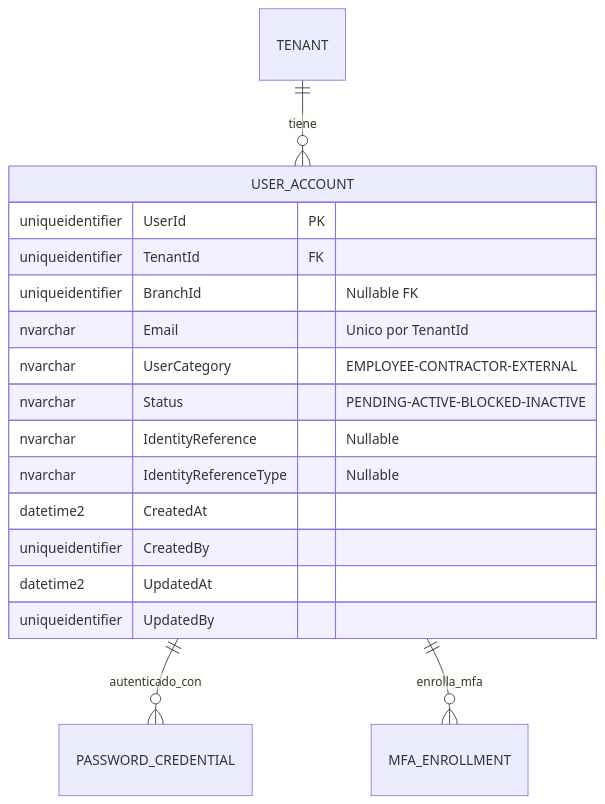
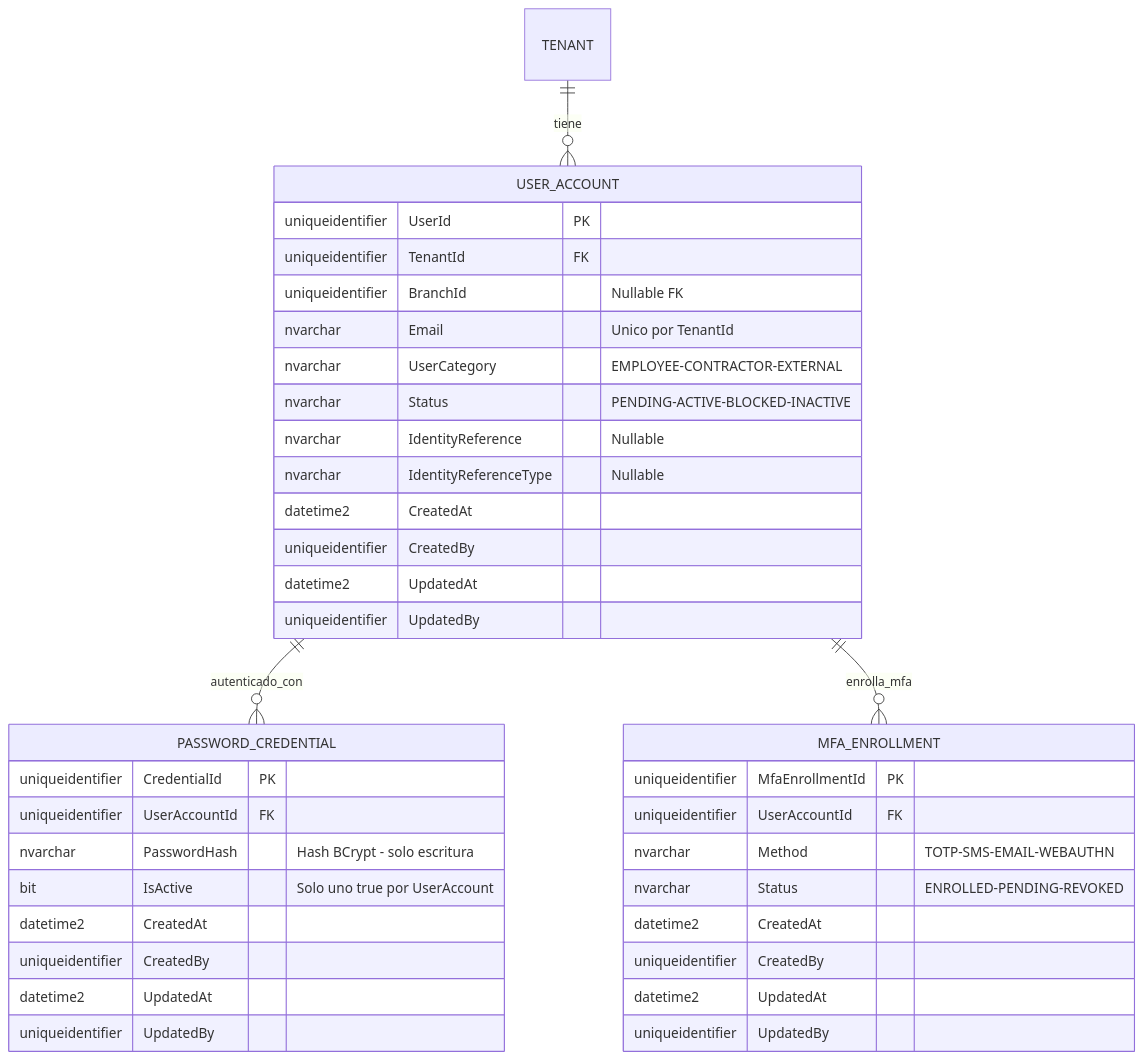
One commit to beyondnetcode/ums changed the eighth of 9 diagrams in docs/domain-es/identity/user-account.md. Above: the diagram before and after it, drawn with Mermaid. The commit also changed other lines of this file and 19 other files, not shown here.

````diff
--- a/docs/domain-es/identity/user-account.md
+++ b/docs/domain-es/identity/user-account.md
@@ -195,21 +271,43 @@
 ```mermaid
 erDiagram
     TENANT ||--o{ USER_ACCOUNT : "tiene"
     USER_ACCOUNT ||--o{ PASSWORD_CREDENTIAL : "autenticado_con"
     USER_ACCOUNT ||--o{ MFA_ENROLLMENT : "enrolla_mfa"
 
     USER_ACCOUNT {
         uniqueidentifier UserId PK
         uniqueidentifier TenantId FK
         uniqueidentifier BranchId "Nullable FK"
         nvarchar Email "Unico por TenantId"
         nvarchar UserCategory "EMPLOYEE-CONTRACTOR-EXTERNAL"
         nvarchar Status "PENDING-ACTIVE-BLOCKED-INACTIVE"
         nvarchar IdentityReference "Nullable"
         nvarchar IdentityReferenceType "Nullable"
         datetime2 CreatedAt
         uniqueidentifier CreatedBy
         datetime2 UpdatedAt
         uniqueidentifier UpdatedBy
     }
+
+    PASSWORD_CREDENTIAL {
+        uniqueidentifier CredentialId PK
+        uniqueidentifier UserAccountId FK
+        nvarchar PasswordHash "Hash BCrypt - solo escritura"
+        bit IsActive "Solo uno true por UserAccount"
+        datetime2 CreatedAt
+        uniqueidentifier CreatedBy
+        datetime2 UpdatedAt
+        uniqueidentifier UpdatedBy
+    }
+
+    MFA_ENROLLMENT {
+        uniqueidentifier MfaEnrollmentId PK
+        uniqueidentifier UserAccountId FK
+        nvarchar Method "TOTP-SMS-EMAIL-WEBAUTHN"
+        nvarchar Status "ENROLLED-PENDING-REVOKED"
+        datetime2 CreatedAt
+        uniqueidentifier CreatedBy
+        datetime2 UpdatedAt
+        uniqueidentifier UpdatedBy
+    }
 ```
````
